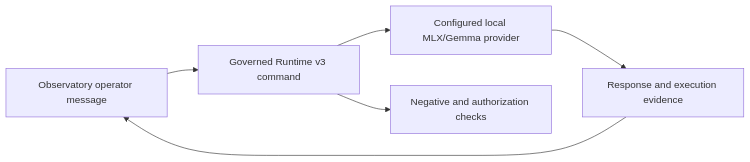
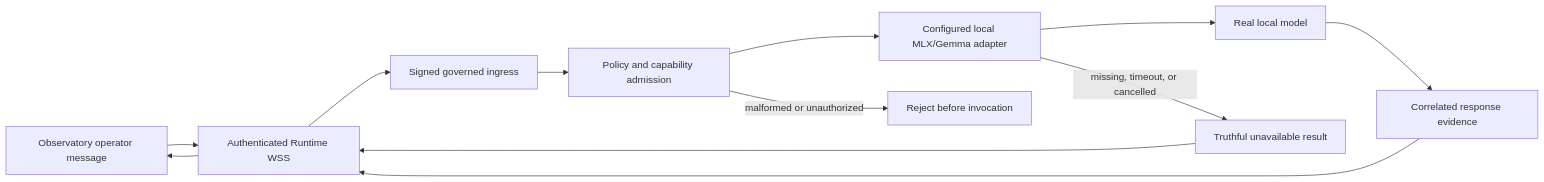
One commit to danielbaustin/agent-design-language changed the diagram in .csdlc/prepared/issues/5795/diagram.mmd. Above: the diagram before and after it, drawn with Mermaid. The commit also changed 131 other files, not shown here.

```diff
--- a/.csdlc/prepared/issues/5795/diagram.mmd
+++ b/.csdlc/prepared/issues/5795/diagram.mmd
@@ -1,6 +1,12 @@
 flowchart LR
-  O["Observatory operator message"] --> G["Governed Runtime v3 command"]
-  G --> P["Configured local MLX/Gemma provider"]
-  P --> E["Response and execution evidence"]
-  E --> O
-  G --> N["Negative and authorization checks"]
+  O["Observatory operator message"] --> W["Authenticated Runtime WSS"]
+  W --> G["Signed governed ingress"]
+  G --> P["Policy and capability admission"]
+  P --> A["Configured local MLX/Gemma adapter"]
+  A --> M["Real local model"]
+  M --> E["Correlated response evidence"]
+  E --> W
+  W --> O
+  P -->|"malformed or unauthorized"| X["Reject before invocation"]
+  A -->|"missing, timeout, or cancelled"| U["Truthful unavailable result"]
+  U --> W
```
